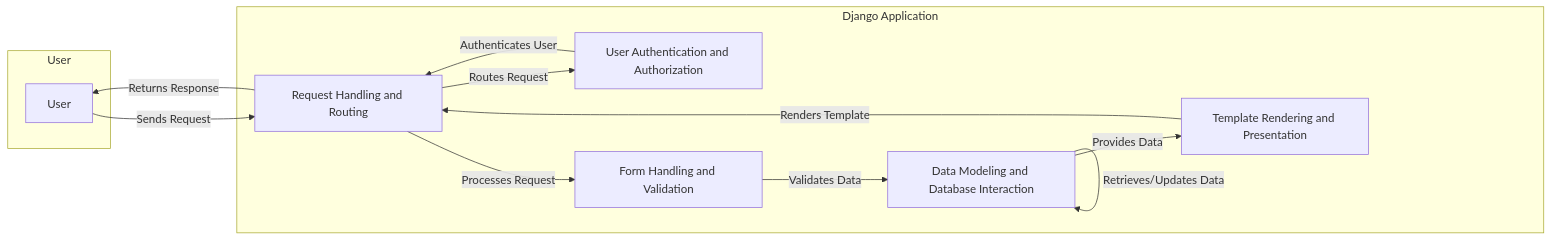
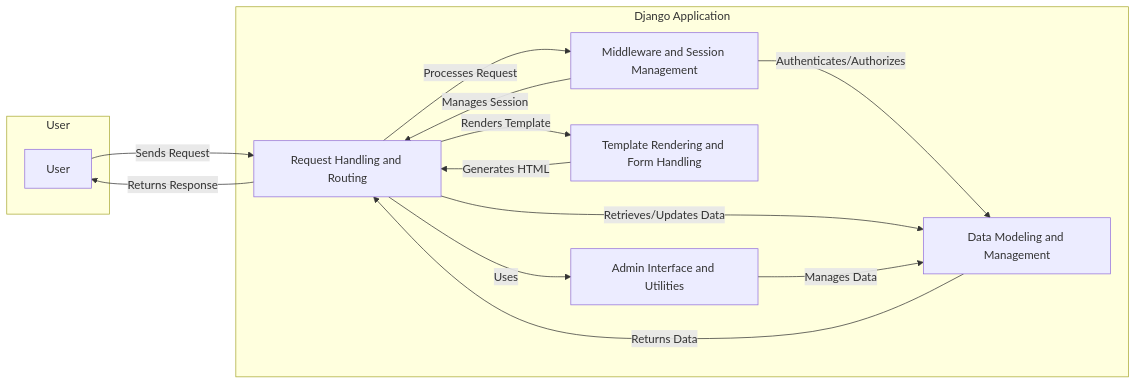
Before and after one commit to CodeBoarding/GeneratedOnBoardings: the diagram in django/on_boarding.md, drawn with Mermaid. The commit also changed other lines of this file, not shown here.

Commit message:
Uploading onboarding materials for django

````diff
--- a/django/on_boarding.md
+++ b/django/on_boarding.md
@@ -9,24 +9,26 @@
 ```mermaid
 graph LR
     subgraph User
         A[User]
     end
 
     subgraph Django Application
         B[Request Handling and Routing]
-        C[Template Rendering and Presentation]
-        D[Data Modeling and Database Interaction]
-        E[User Authentication and Authorization]
-        F[Form Handling and Validation]
+        C[Middleware and Session Management]
+        D[Data Modeling and Management]
+        E[Template Rendering and Form Handling]
+        F[Admin Interface and Utilities]
     end
 
     A--Sends Request-->B
-    B--Routes Request-->E
-    E--Authenticates User-->B
-    B--Processes Request-->F
-    F--Validates Data-->D
-    D--Retrieves/Updates Data-->D[Data Modeling and Database Interaction]
-    D--Provides Data-->C
-    C--Renders Template-->B
+    B--Processes Request-->C
+    C--Authenticates/Authorizes-->D
+    C--Manages Session-->B
+    B--Retrieves/Updates Data-->D
+    D--Returns Data-->B
+    B--Renders Template-->E
+    E--Generates HTML-->B
     B--Returns Response-->A
+    B--Uses-->F
+    F--Manages Data-->D
 ```
````
